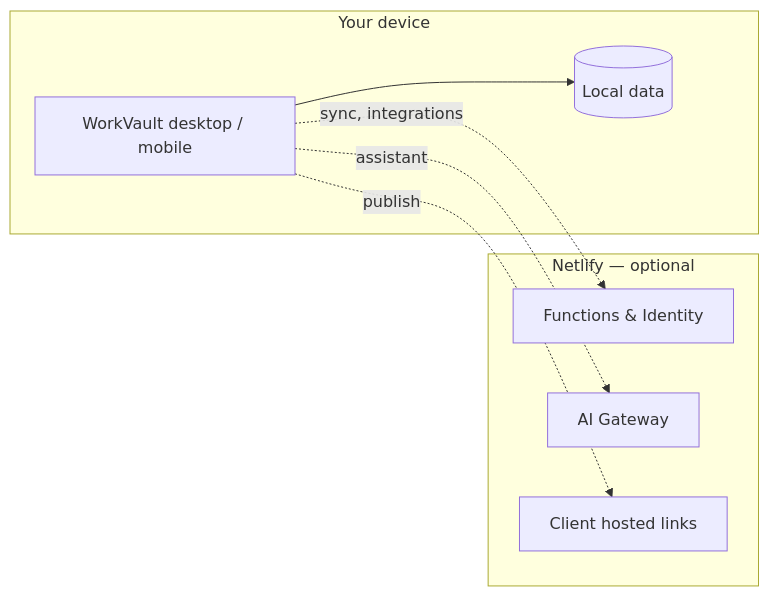
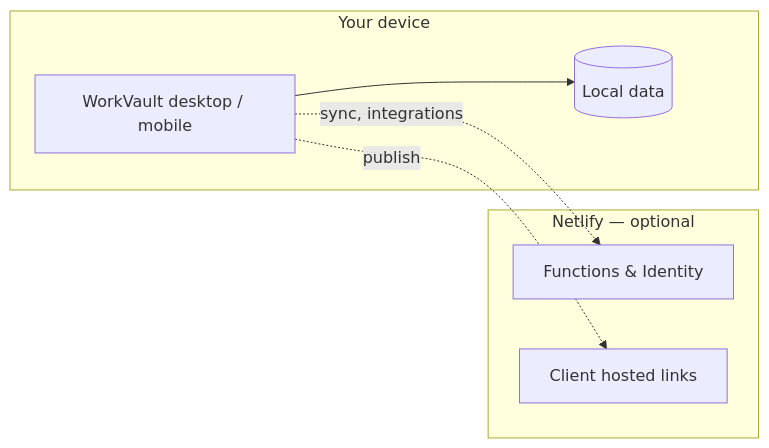
Before and after one commit to mechaniel-coder/workvault: the diagram in README.md, drawn with Mermaid. The commit also changed other lines of this file and 15 other files, not shown here.

````diff
--- a/README.md
+++ b/README.md
@@ -178,16 +177,14 @@
 ```mermaid
 flowchart LR
   subgraph device [Your device]
     App[WorkVault desktop / mobile]
     Disk[(Local data)]
     App --> Disk
   end
   subgraph netlify [Netlify — optional]
     API[Functions & Identity]
-    AI[AI Gateway]
     Links[Client hosted links]
   end
   App -.->|sync, integrations| API
-  App -.->|assistant| AI
   App -.->|publish| Links
 ```
````
